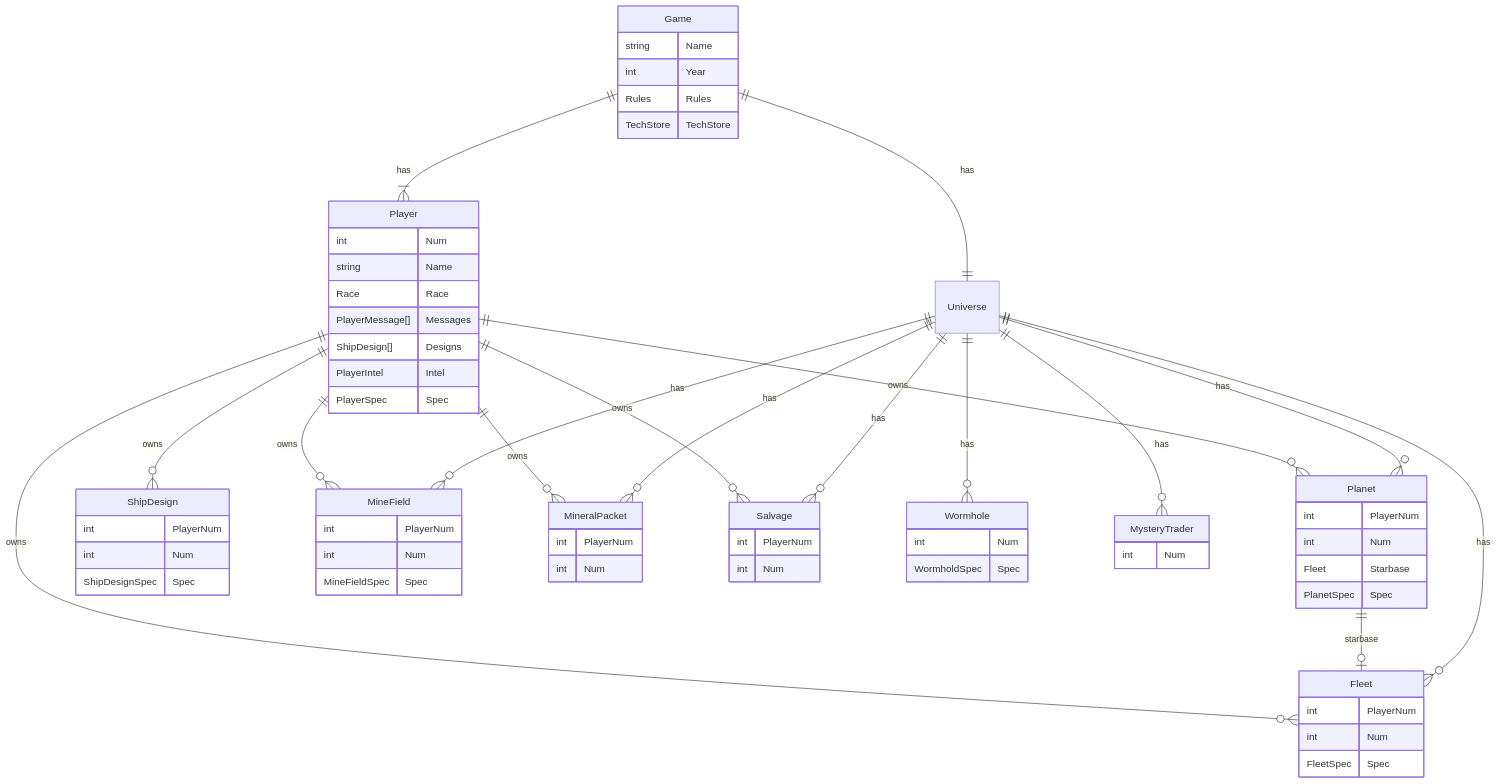
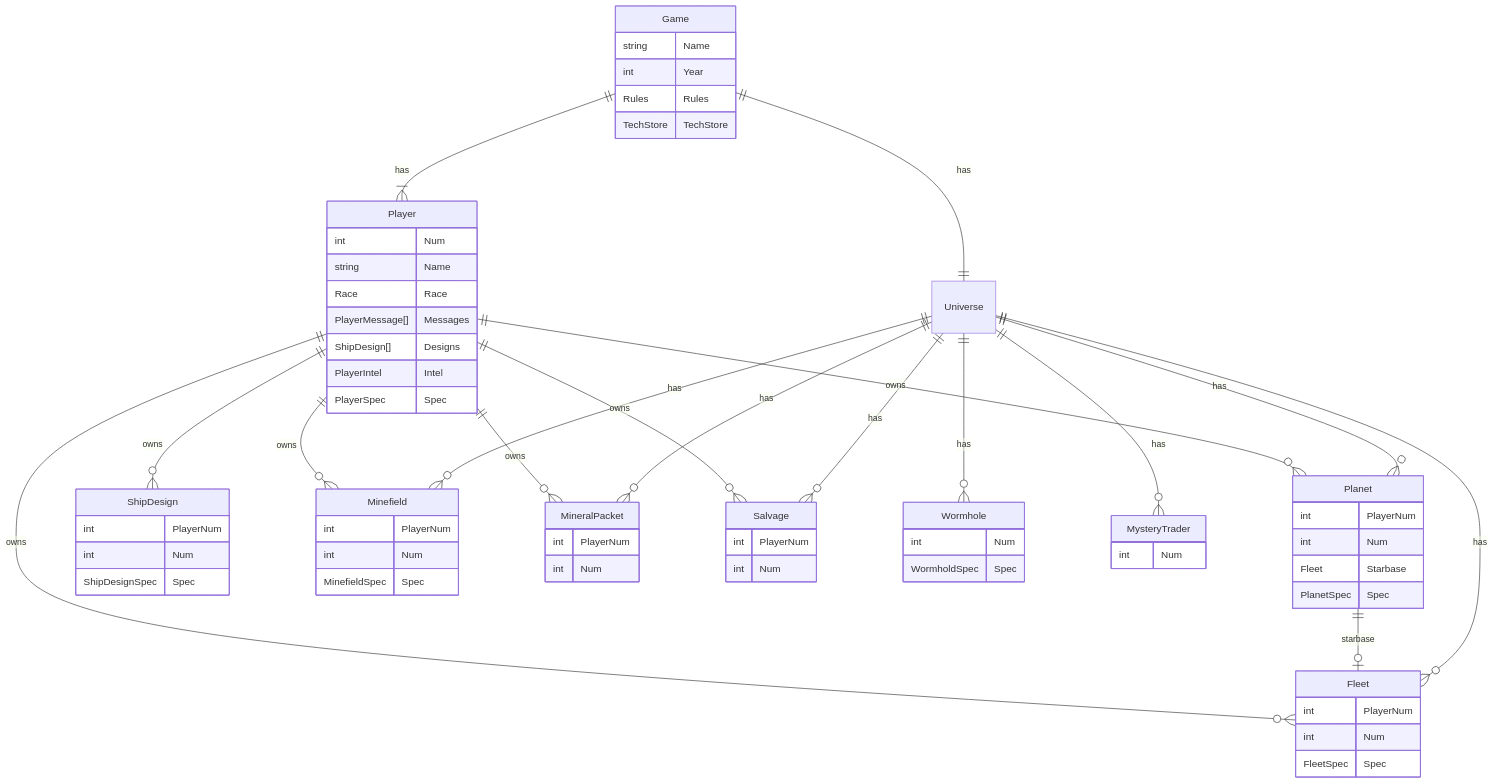
Before and after one commit to sirgwain/craig-stars: the first of 2 diagrams in docs/architecture.md, drawn with Mermaid. The commit also changed other lines of this file and 211 other files, not shown here.

```diff
--- a/docs/architecture.md
+++ b/docs/architecture.md
@@ -106,10 +106,10 @@
     FleetSpec Spec
   }
 
-  MineField {
+  Minefield {
     int PlayerNum
     int Num
-    MineFieldSpec Spec
+    MinefieldSpec Spec
   }
 
   MineralPacket {
@@ -133,7 +133,7 @@
 
   Universe ||--o{ Planet : has
   Universe ||--o{ Fleet : has
-  Universe ||--o{ MineField : has
+  Universe ||--o{ Minefield : has
   Universe ||--o{ MineralPacket : has
   Universe ||--o{ Salvage : has
   Universe ||--o{ MysteryTrader : has
@@ -143,7 +143,7 @@
 
   Player ||--o{ Planet : owns
   Player ||--o{ Fleet : owns
-  Player ||--o{ MineField : owns
+  Player ||--o{ Minefield : owns
   Player ||--o{ MineralPacket : owns
   Player ||--o{ Salvage : owns
   Player ||--o{ ShipDesign : owns
```
